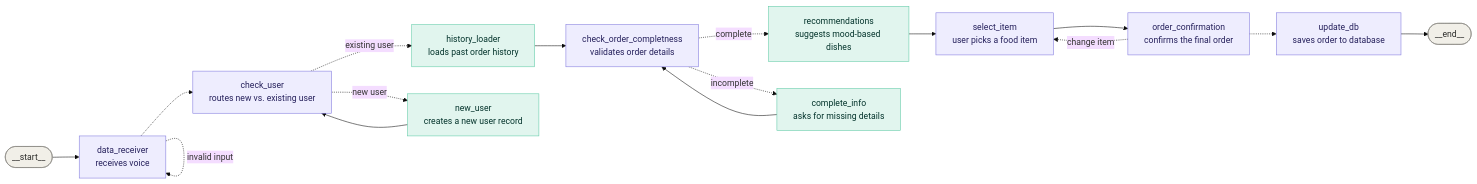
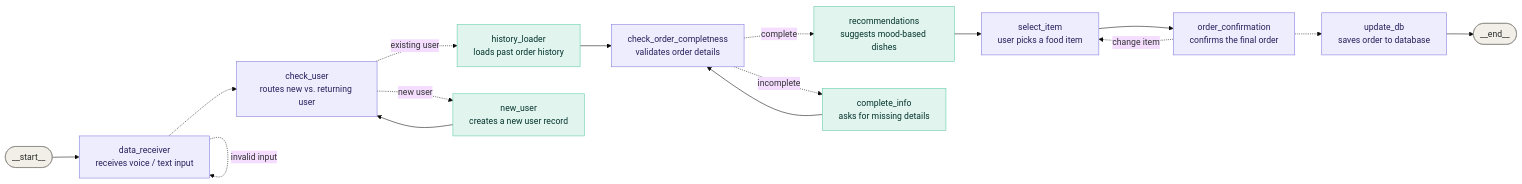
One commit to Naeem-Mubarak/Food-Recommender-agent changed the diagram in README.md. Above: the diagram before and after it, drawn with Mermaid (base theme). The commit also changed other lines of this file and 1 other file, not shown here.

Commit message:
add animated architecture GIF and restructure README

````diff
--- a/README.md
+++ b/README.md
@@ -3,30 +10,30 @@
 ```mermaid
 flowchart LR
-    start(["__start__"]) --> data_receiver["data_receiver<br/>receives voice"]
+    start(["__start__"]) --> data_receiver["data_receiver<br/>receives voice / text input"]
     data_receiver -.->|"invalid input"| data_receiver
-    data_receiver -.-> check_user["check_user<br/>routes new vs. existing user"]
+    data_receiver -.-> check_user["check_user<br/>routes new vs. returning user"]
 
     check_user -.->|"existing user"| history_loader["history_loader<br/>loads past order history"]
     check_user -.->|"new user"| new_user["new_user<br/>creates a new user record"]
     new_user --> check_user
 
     history_loader --> check_order_completness["check_order_completness<br/>validates order details"]
 
     check_order_completness -.->|"complete"| recommendations["recommendations<br/>suggests mood-based dishes"]
     check_order_completness -.->|"incomplete"| complete_info["complete_info<br/>asks for missing details"]
     complete_info --> check_order_completness
 
     recommendations --> select_item["select_item<br/>user picks a food item"]
     select_item --> order_confirmation["order_confirmation<br/>confirms the final order"]
     order_confirmation -.->|"change item"| select_item
     order_confirmation -.-> update_db["update_db<br/>saves order to database"]
     update_db --> end_(["__end__"])
 
     classDef pillNode fill:#F1EFE8,stroke:#888780,color:#2C2C2A,rx:20,ry:20
     classDef coreNode fill:#EEEDFE,stroke:#7F77DD,color:#26215C
     classDef branchNode fill:#E1F5EE,stroke:#5DCAA5,color:#04342C
 
     class start,end_ pillNode
     class data_receiver,check_user,check_order_completness,select_item,order_confirmation,update_db coreNode
     class history_loader,new_user,recommendations,complete_info branchNode
 ```
````
